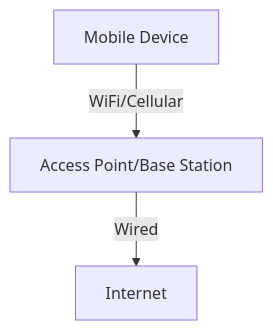
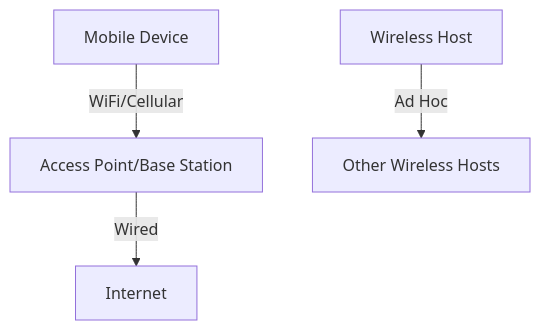
The diagram in ch7/7.1_Introduction.md (Attash2312/cntheory), drawn with Mermaid before and after one commit. The commit also changed other lines of this file and 79 other files, not shown here.

````diff
--- a/ch7/7.1_Introduction.md
+++ b/ch7/7.1_Introduction.md
@@ -15,5 +120,6 @@
 ```mermaid
 graph TD
   A[Mobile Device] -- WiFi/Cellular --> B[Access Point/Base Station]
   B -- Wired --> C[Internet]
+  D[Wireless Host] -- Ad Hoc --> E[Other Wireless Hosts]
 ```
````
